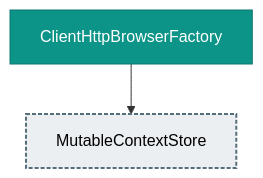
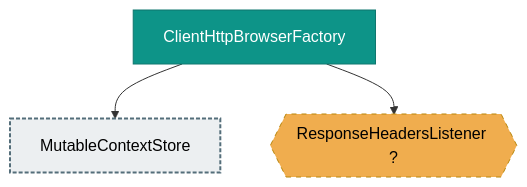
The diagram in packages/http/http-client-browser/design.md (deanhiller/webpieces-ts), drawn with Mermaid before and after one commit. The commit also changed 9 other files, not shown here.

First line of the commit message:
Add optional response-headers seam to the browser RPC client (#396)

````diff
--- a/packages/http/http-client-browser/design.md
+++ b/packages/http/http-client-browser/design.md
@@ -13,13 +13,15 @@
 ```mermaid
 graph TD
     ClientHttpBrowserFactory["ClientHttpBrowserFactory"]:::apiImpl
     MutableContextStore["MutableContextStore"]:::many
+    ResponseHeadersListener{{"ResponseHeadersListener ?"}}:::unresolved
     ClientHttpBrowserFactory --> MutableContextStore
+    ClientHttpBrowserFactory --> ResponseHeadersListener
     classDef controller fill:#1f6feb,color:#ffffff,stroke:#0d419d
     classDef apiImpl fill:#0d9488,color:#ffffff,stroke:#0f766e
     classDef component fill:#2da44e,color:#ffffff,stroke:#1a7f37
     classDef unresolved fill:#f0ad4e,color:#000000,stroke:#b8860b,stroke-dasharray: 5 5
     classDef external fill:#b39ddb,color:#000000,stroke:#5e35b1,stroke-width:3px
     classDef api fill:#4fc3f7,color:#000000,stroke:#0277bd,stroke-width:3px
     classDef many fill:#eceff1,color:#000000,stroke:#546e7a,stroke-width:2px,stroke-dasharray: 4 2
 ```
````
